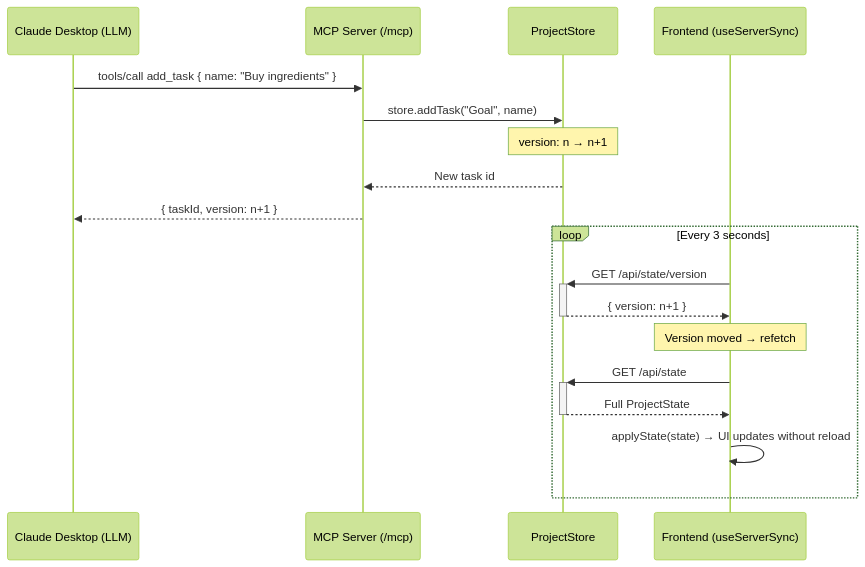
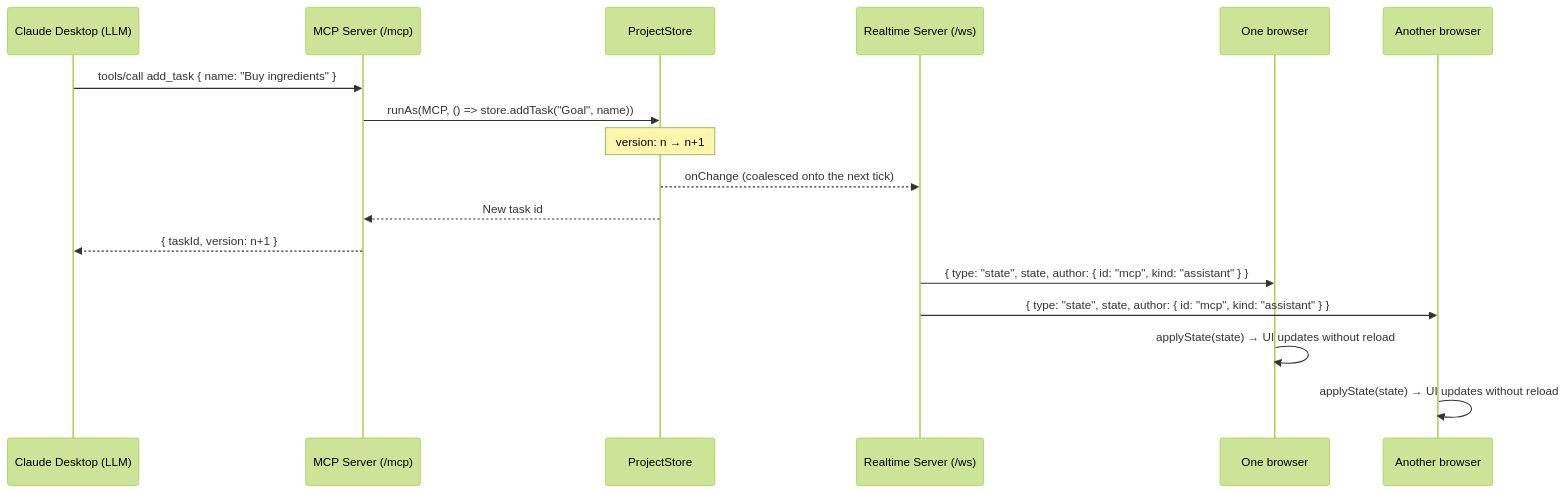
The second of 4 diagrams in docs/architecture/sequences.md (tantinlala/blossom-mcp), drawn with Mermaid (forest theme) before and after one commit. The commit also changed 50 other files, not shown here.

````diff
--- a/docs/architecture/sequences.md
+++ b/docs/architecture/sequences.md
@@ -28,22 +28,21 @@
 ```mermaid
 sequenceDiagram
     participant L as Claude Desktop (LLM)
     participant M as MCP Server (/mcp)
     participant S as ProjectStore
-    participant F as Frontend (useServerSync)
+    participant R as Realtime Server (/ws)
+    participant F as One browser
+    participant G as Another browser
 
     L->>M: tools/call add_task { name: "Buy ingredients" }
-    M->>S: store.addTask("Goal", name)
+    M->>S: runAs(MCP, () => store.addTask("Goal", name))
     Note over S: version: n → n+1
+    S-->>R: onChange (coalesced onto the next tick)
     S-->>M: New task id
     M-->>L: { taskId, version: n+1 }
 
-    loop Every 3 seconds
-        F->>+S: GET /api/state/version
-        S-->>-F: { version: n+1 }
-        Note over F: Version moved → refetch
-        F->>+S: GET /api/state
-        S-->>-F: Full ProjectState
-        F->>F: applyState(state) → UI updates without reload
-    end
+    R->>F: { type: "state", state, author: { id: "mcp", kind: "assistant" } }
+    R->>G: { type: "state", state, author: { id: "mcp", kind: "assistant" } }
+    F->>F: applyState(state) → UI updates without reload
+    G->>G: applyState(state) → UI updates without reload
 ```
````
